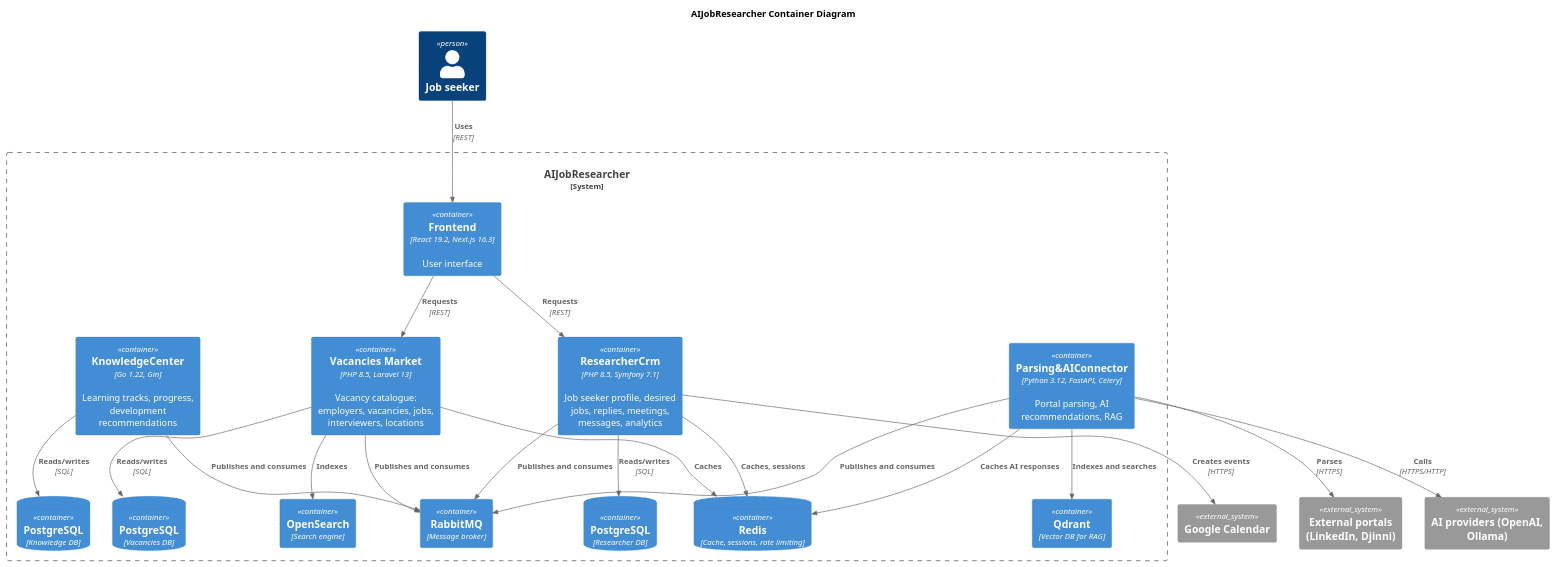
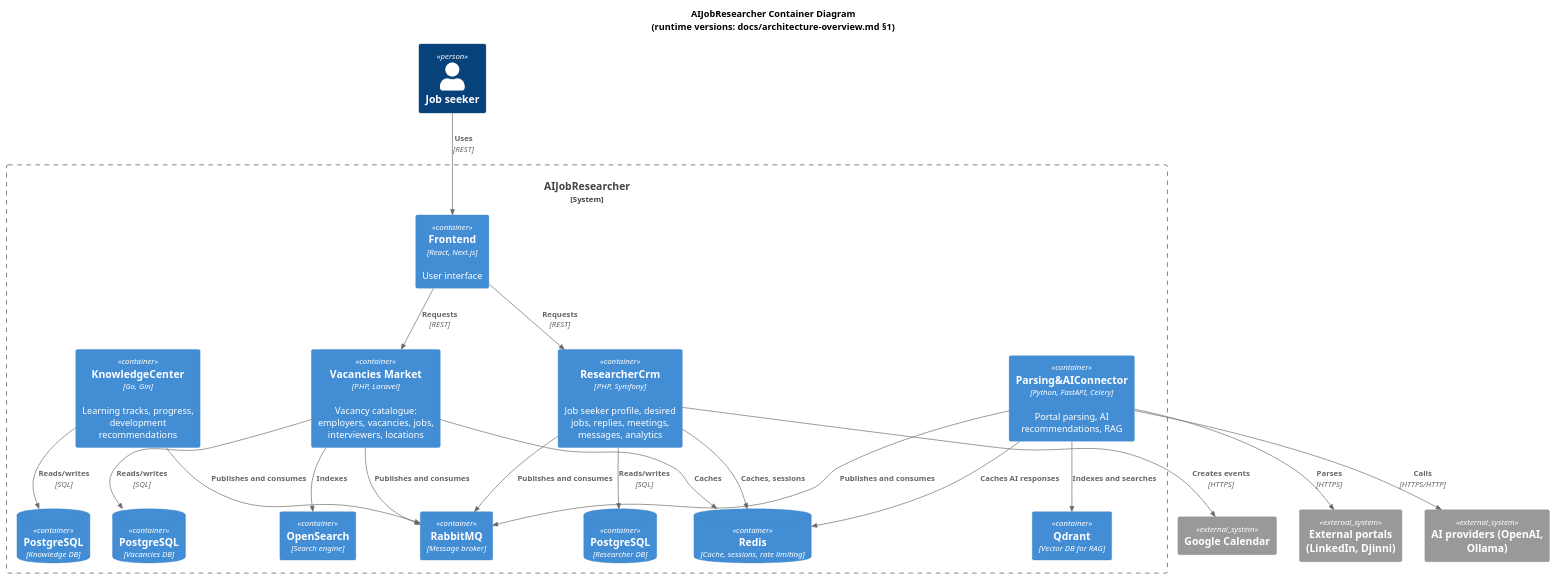
The diagram in docs/c4/containers.puml (AIJobResearcher/docs), drawn with PlantUML before and after one commit. The commit also changed 16 other files, not shown here.

```diff
--- a/docs/c4/containers.puml
+++ b/docs/c4/containers.puml
@@ -1,52 +1,52 @@
 @startuml
 !include https://raw.githubusercontent.com/plantuml-stdlib/C4-PlantUML/master/C4_Container.puml
 
-title AIJobResearcher Container Diagram
+title AIJobResearcher Container Diagram\n(runtime versions: docs/architecture-overview.md §1)
 
 Person(seeker, "Job seeker")
 
 System_Boundary(platform, "AIJobResearcher") {
-    Container(frontend, "Frontend", "React 19.2, Next.js 16.3", "User interface")
-    Container(vacancies, "Vacancies Market", "PHP 8.5, Laravel 13", "Vacancy catalogue: employers, vacancies, jobs, interviewers, locations")
-    Container(researcher_crm, "ResearcherCrm", "PHP 8.5, Symfony 7.1", "Job seeker profile, desired jobs, replies, meetings, messages, analytics")
-    Container(parsing_ai, "Parsing&AIConnector", "Python 3.12, FastAPI, Celery", "Portal parsing, AI recommendations, RAG")
-    Container(knowledge, "KnowledgeCenter", "Go 1.22, Gin", "Learning tracks, progress, development recommendations")
+    Container(frontend, "Frontend", "React, Next.js", "User interface")
+    Container(vacancies, "Vacancies Market", "PHP, Laravel", "Vacancy catalogue: employers, vacancies, jobs, interviewers, locations")
+    Container(researcher_crm, "ResearcherCrm", "PHP, Symfony", "Job seeker profile, desired jobs, replies, meetings, messages, analytics")
+    Container(parsing_ai, "Parsing&AIConnector", "Python, FastAPI, Celery", "Portal parsing, AI recommendations, RAG")
+    Container(knowledge, "KnowledgeCenter", "Go, Gin", "Learning tracks, progress, development recommendations")
 
     ContainerDb(postgres_v, "PostgreSQL", "Vacancies DB")
     ContainerDb(postgres_r, "PostgreSQL", "Researcher DB")
     ContainerDb(postgres_k, "PostgreSQL", "Knowledge DB")
     ContainerDb(redis, "Redis", "Cache, sessions, rate limiting")
     Container(rabbitmq, "RabbitMQ", "Message broker")
     Container(opensearch, "OpenSearch", "Search engine")
     Container(qdrant, "Qdrant", "Vector DB for RAG")
 }
 
 System_Ext(portal, "External portals (LinkedIn, Djinni)")
 System_Ext(ai_provider, "AI providers (OpenAI, Ollama)")
 System_Ext(google_calendar, "Google Calendar")
 
 Rel(seeker, frontend, "Uses", "REST")
 Rel(frontend, vacancies, "Requests", "REST")
 Rel(frontend, researcher_crm, "Requests", "REST")
 
 Rel(vacancies, postgres_v, "Reads/writes", "SQL")
 Rel(researcher_crm, postgres_r, "Reads/writes", "SQL")
 Rel(knowledge, postgres_k, "Reads/writes", "SQL")
 
 Rel(vacancies, redis, "Caches")
 Rel(researcher_crm, redis, "Caches, sessions")
 Rel(parsing_ai, redis, "Caches AI responses")
 
 Rel(vacancies, rabbitmq, "Publishes and consumes")
 Rel(researcher_crm, rabbitmq, "Publishes and consumes")
 Rel(parsing_ai, rabbitmq, "Publishes and consumes")
 Rel(knowledge, rabbitmq, "Publishes and consumes")
 
 Rel(vacancies, opensearch, "Indexes")
 Rel(parsing_ai, qdrant, "Indexes and searches")
 
 Rel(parsing_ai, portal, "Parses", "HTTPS")
 Rel(parsing_ai, ai_provider, "Calls", "HTTPS/HTTP")
 Rel(researcher_crm, google_calendar, "Creates events", "HTTPS")
 
 @enduml
```
